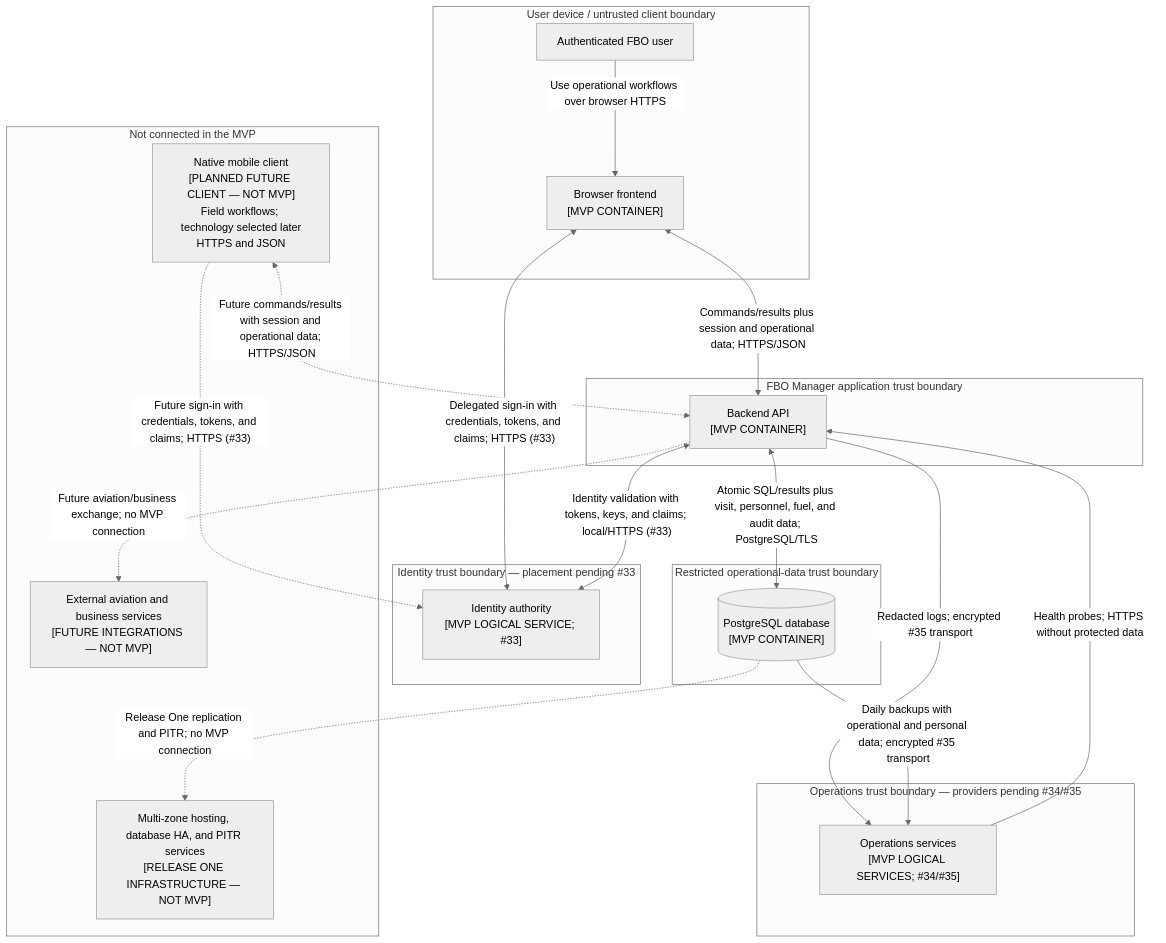
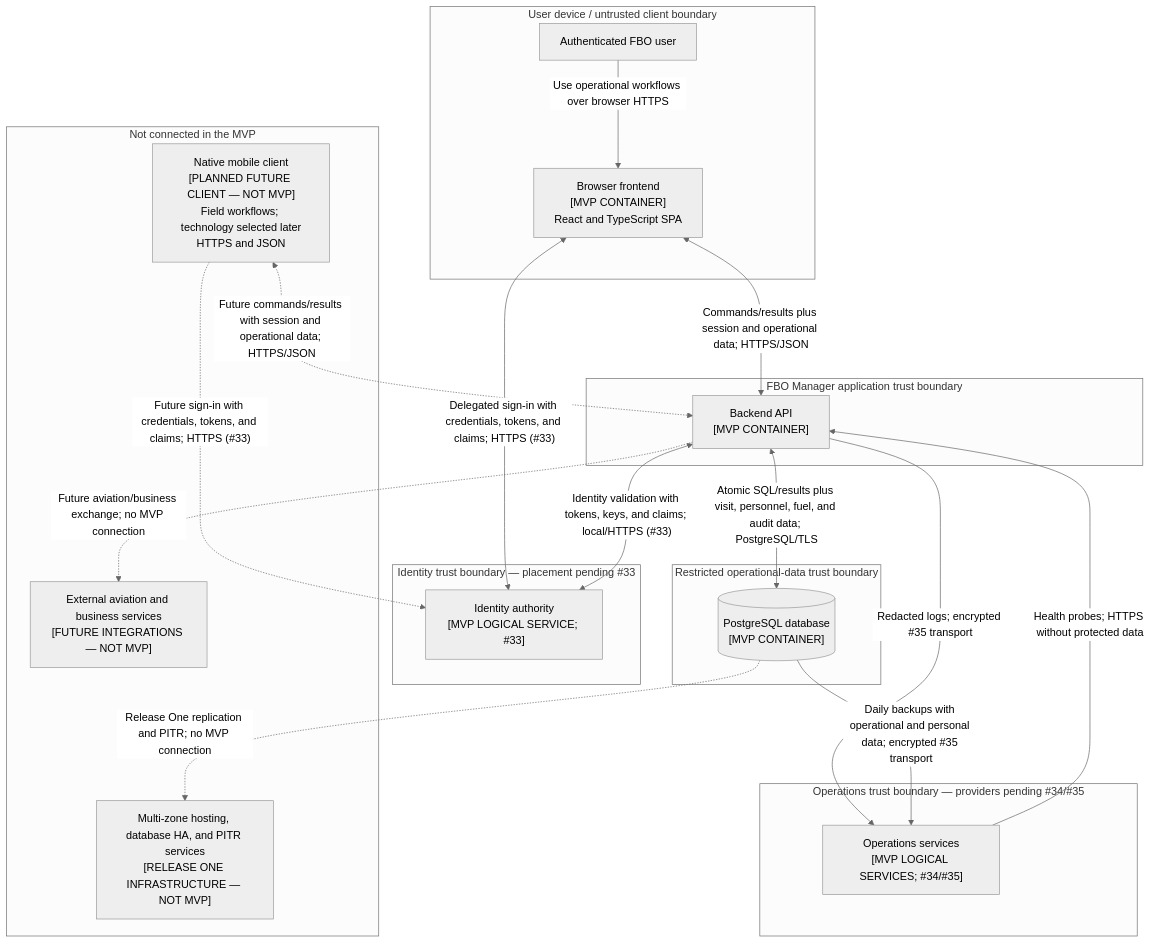
The second of 2 diagrams in docs/architecture.md (ecillie/FBO_Manager), drawn with Mermaid (neutral theme) before and after one commit. The commit also changed other lines of this file and 3 other files, not shown here.

Commit message:
Document frontend application architecture

````diff
--- a/docs/architecture.md
+++ b/docs/architecture.md
@@ -80,42 +80,42 @@
 ```mermaid
 flowchart TB
     subgraph deviceBoundary["User device / untrusted client boundary"]
         staff["Authenticated FBO user"]
-        frontend["Browser frontend<br/>[MVP CONTAINER]"]
+        frontend["Browser frontend<br/>[MVP CONTAINER]<br/>React and TypeScript SPA"]
     end
 
     subgraph applicationBoundary["FBO Manager application trust boundary"]
         backend["Backend API<br/>[MVP CONTAINER]"]
     end
 
     subgraph dataBoundary["Restricted operational-data trust boundary"]
         database[("PostgreSQL database<br/>[MVP CONTAINER]")]
     end
 
     subgraph identityBoundary["Identity trust boundary — placement pending #33"]
         identityService["Identity authority<br/>[MVP LOGICAL SERVICE; #33]"]
     end
 
     subgraph operationsBoundary["Operations trust boundary — providers pending #34/#35"]
         operationsService["Operations services<br/>[MVP LOGICAL SERVICES; #34/#35]"]
     end
 
     subgraph notMvp["Not connected in the MVP"]
         nativeMobile["Native mobile client<br/>[PLANNED FUTURE CLIENT — NOT MVP]<br/>Field workflows; technology selected later<br/>HTTPS and JSON"]
         futureServices["External aviation and business services<br/>[FUTURE INTEGRATIONS — NOT MVP]"]
         releaseOneServices["Multi-zone hosting, database HA, and PITR services<br/>[RELEASE ONE INFRASTRUCTURE — NOT MVP]"]
     end
 
     staff -->|"Use operational workflows over browser HTTPS"| frontend
     frontend <-->|"Commands/results plus session and operational data; HTTPS/JSON"| backend
     backend <-->|"Atomic SQL/results plus visit, personnel, fuel, and audit data; PostgreSQL/TLS"| database
     frontend <-->|"Delegated sign-in with credentials, tokens, and claims; HTTPS (#33)"| identityService
     backend <-->|"Identity validation with tokens, keys, and claims; local/HTTPS (#33)"| identityService
     operationsService -->|"Health probes; HTTPS without protected data"| backend
     backend -->|"Redacted logs; encrypted #35 transport"| operationsService
     database -->|"Daily backups with operational and personal data; encrypted #35 transport"| operationsService
     nativeMobile <-.->|"Future commands/results with session and operational data; HTTPS/JSON"| backend
     nativeMobile -.->|"Future sign-in with credentials, tokens, and claims; HTTPS (#33)"| identityService
     backend -.->|"Future aviation/business exchange; no MVP connection"| futureServices
     database -.->|"Release One replication and PITR; no MVP connection"| releaseOneServices
 ```
````
